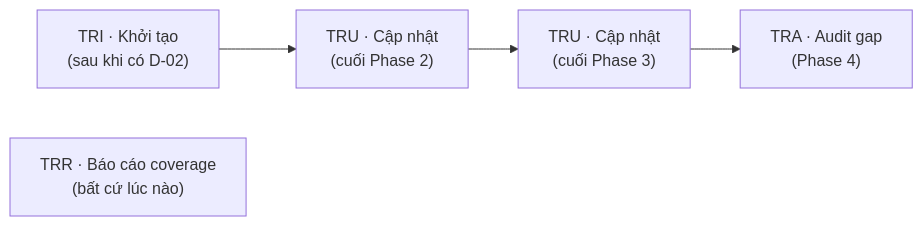
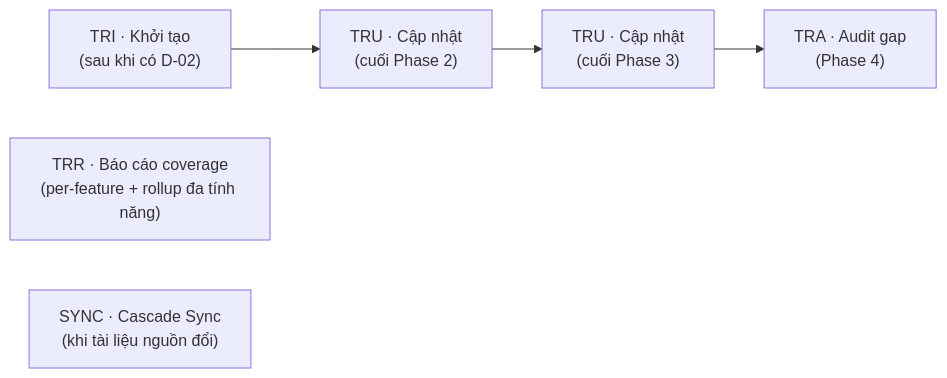
The second of 2 diagrams in docs/vi/tutorials/workflow-map.md (hanh9898/waterfall-bmad-method), drawn with Mermaid before and after one commit. The commit also changed other lines of this file and 29 other files, not shown here.

First line of the commit message:
docs(hbc): đồng bộ toàn bộ tài liệu sang v2 (incremental per-feature + TDD)

````diff
--- a/docs/vi/tutorials/workflow-map.md
+++ b/docs/vi/tutorials/workflow-map.md
@@ -50,7 +97,8 @@
 ```mermaid
 flowchart LR
     TRI["TRI · Khởi tạo<br/>(sau khi có D-02)"] --> TRU1["TRU · Cập nhật<br/>(cuối Phase 2)"]
     TRU1 --> TRU2["TRU · Cập nhật<br/>(cuối Phase 3)"]
     TRU2 --> TRA["TRA · Audit gap<br/>(Phase 4)"]
-    TRR["TRR · Báo cáo coverage<br/>(bất cứ lúc nào)"]
+    TRR["TRR · Báo cáo coverage<br/>(per-feature + rollup đa tính năng)"]
+    SYNC["SYNC · Cascade Sync<br/>(khi tài liệu nguồn đổi)"]
 ```
````
